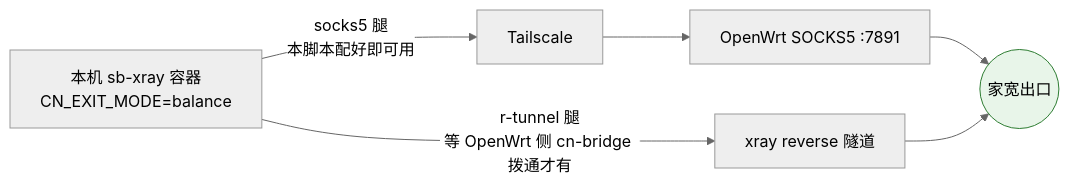
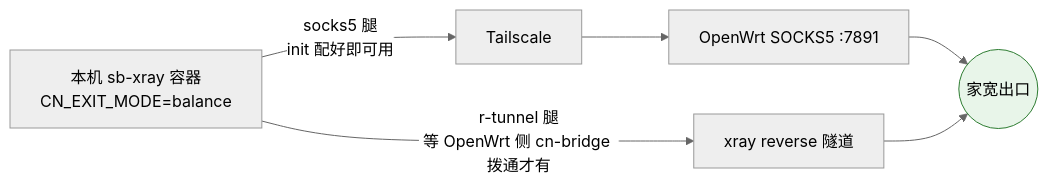
One commit to currycan/sb-xray changed the second of 2 diagrams in sources/vps/README.md. Above: the diagram before and after it, drawn with Mermaid (neutral theme). The commit also changed other lines of this file and 9 other files, not shown here.

````diff
--- a/sources/vps/README.md
+++ b/sources/vps/README.md
@@ -70,8 +131,8 @@
 ```mermaid
 flowchart LR
     X["本机 sb-xray 容器<br/>CN_EXIT_MODE=balance"]
-    X -- "socks5 腿<br/>本脚本配好即可用" --> TS["Tailscale"] --> OW["OpenWrt SOCKS5 :7891"] --> CN(("家宽出口"))
+    X -- "socks5 腿<br/>init 配好即可用" --> TS["Tailscale"] --> OW["OpenWrt SOCKS5 :7891"] --> CN(("家宽出口"))
     X -- "r-tunnel 腿<br/>等 OpenWrt 侧 cn-bridge 拨通才有" --> RT["xray reverse 隧道"] --> CN
 
     style CN fill:#e8f5e9,stroke:#2e7d32
 ```
````
